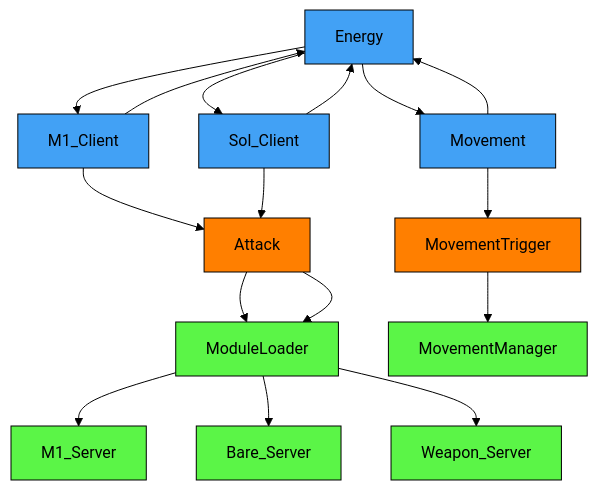
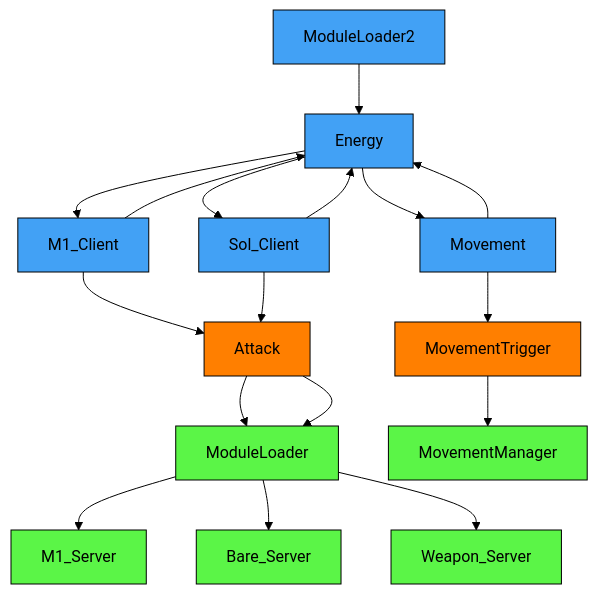
Before and after one commit to altair5607249/Crusaders-Game: the diagram in README.md, drawn with Mermaid (forest theme).

````diff
--- a/README.md
+++ b/README.md
@@ -21,21 +21,22 @@
 ```mermaid
 graph TD;
 
   classDef serverNode fill:#5bf547,stroke:#000000,color:#000000
   classDef clientNode fill:#42a1f5,stroke:#000000,color:#000000
   classDef remoteEvent fill:#FF7F00,stroke:#000000,color:#000000
 
+  ModuleLoader2-->Energy;
   Energy-->M1_Client-->Energy;
   Energy-->Sol_Client-->Energy;
   Energy-->Movement-->Energy;
   M1_Client-->Attack-->ModuleLoader;
   Sol_Client-->Attack-->ModuleLoader;
   Movement-->MovementTrigger-->MovementManager;
   ModuleLoader-->M1_Server;
   ModuleLoader-->Bare_Server;
   ModuleLoader-->Weapon_Server;
 
   class ModuleLoader,M1_Server,Bare_Server,Weapon_Server,MovementManager serverNode;
-  class Energy,M1_Client,Sol_Client,Movement clientNode;
+  class ModuleLoader2,Energy,M1_Client,Sol_Client,Movement clientNode;
   class Attack,MovementTrigger remoteEvent;
 ```  
````
